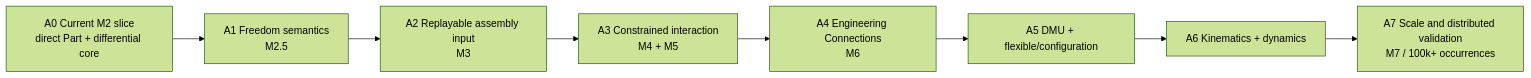
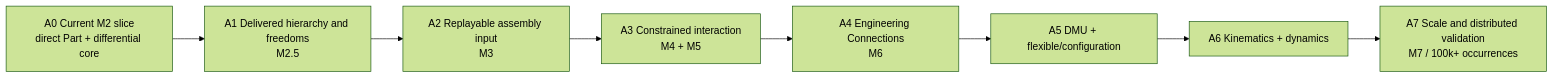
Before and after one commit to cossoledad/occccad: diagram 42 of 52 in docs/TARGET_ARCHITECTURE.md, drawn with Mermaid (forest theme). The commit also changed other lines of this file and 29 other files, not shown here.

````diff
--- a/docs/TARGET_ARCHITECTURE.md
+++ b/docs/TARGET_ARCHITECTURE.md
@@ -4653,10 +4653,10 @@
 ```mermaid
 flowchart LR
-    A0["A0 Current M2 slice<br/>direct Part + differential core"] --> A1["A1 Freedom semantics<br/>M2.5"]
+    A0["A0 Current M2 slice<br/>direct Part + differential core"] --> A1["A1 Delivered hierarchy and freedoms<br/>M2.5"]
     A1 --> A2["A2 Replayable assembly input<br/>M3"]
     A2 --> A3["A3 Constrained interaction<br/>M4 + M5"]
     A3 --> A4["A4 Engineering Connections<br/>M6"]
     A4 --> A5["A5 DMU + flexible/configuration"]
     A5 --> A6["A6 Kinematics + dynamics"]
     A6 --> A7["A7 Scale and distributed validation<br/>M7 / 100k+ occurrences"]
 ```
````
